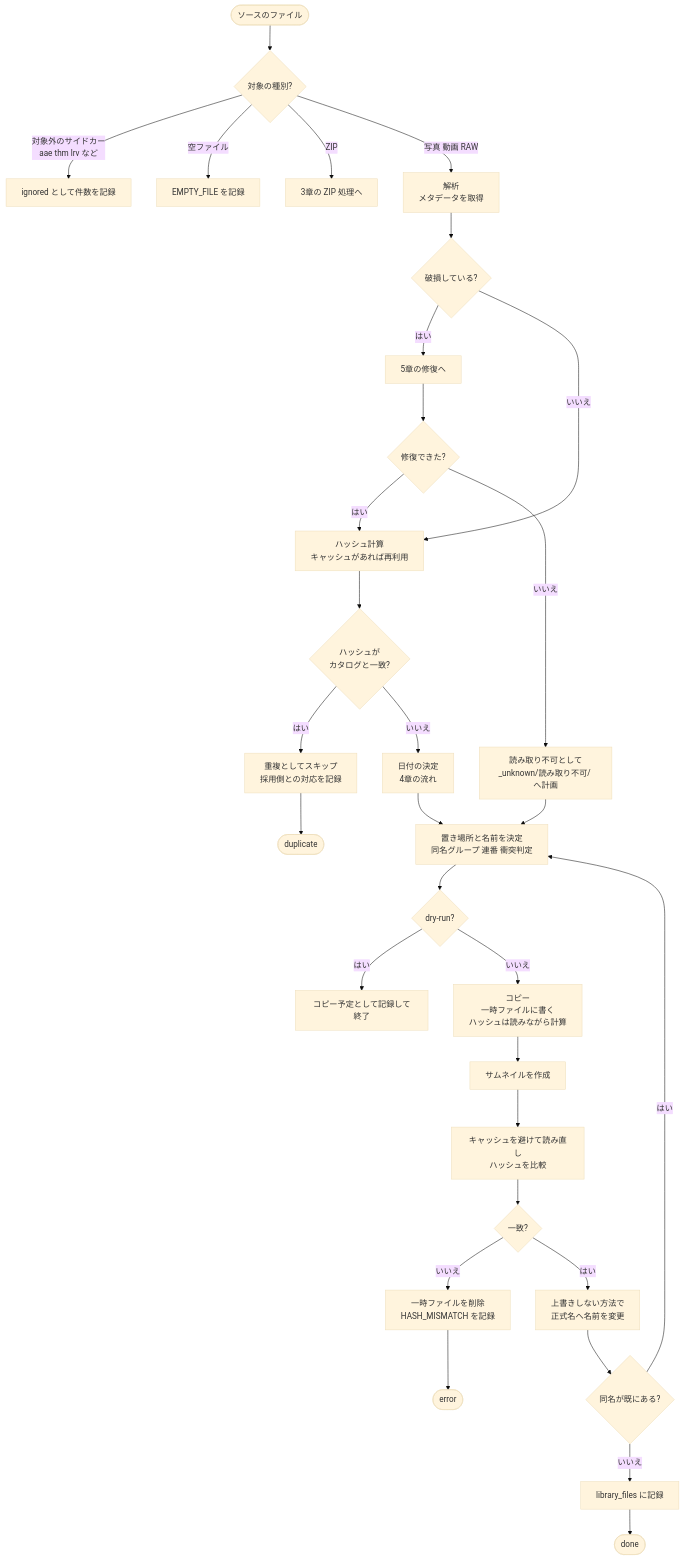
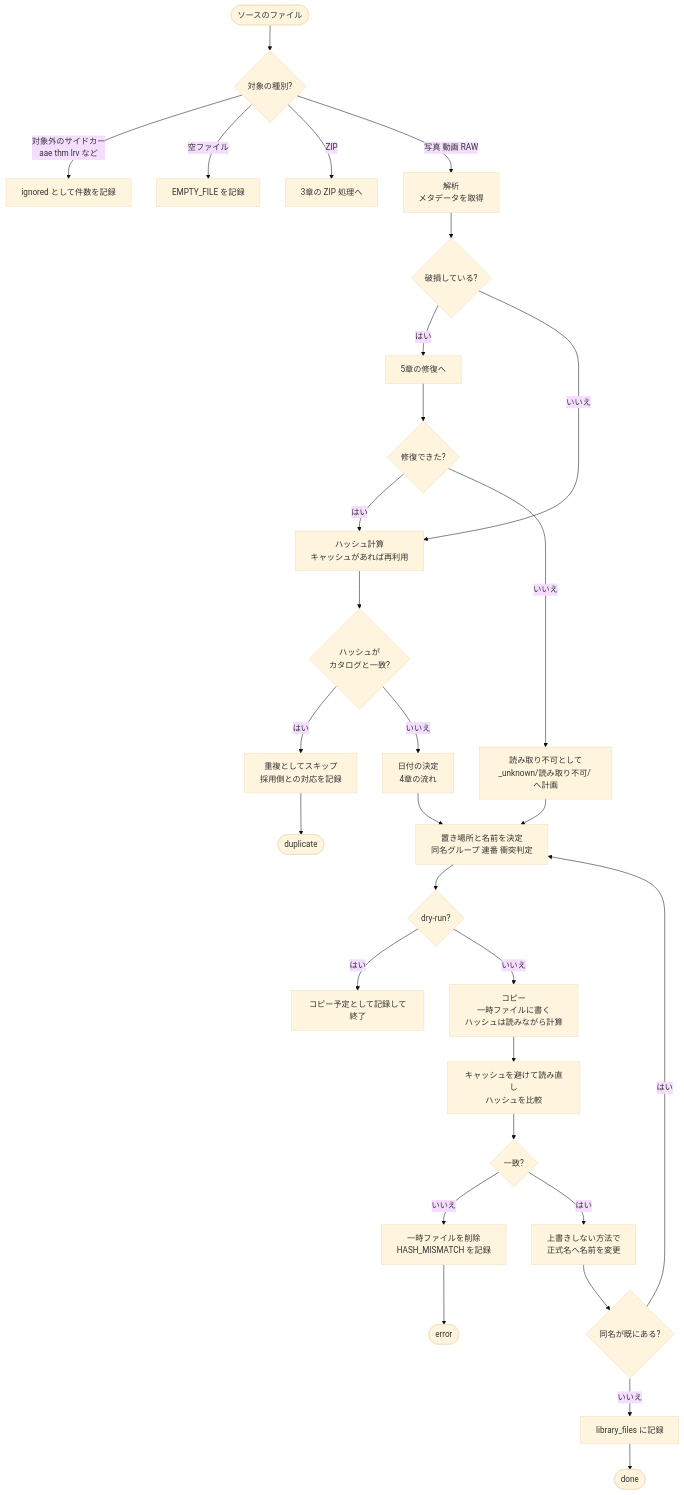
Before and after one commit to raiton-boo/media-seiri: the second of 9 diagrams in docs/flows.md, drawn with Mermaid (base theme). The commit also changed other lines of this file and 4 other files, not shown here.

````diff
--- a/docs/flows.md
+++ b/docs/flows.md
@@ -48,33 +48,32 @@
 ```mermaid
 flowchart TD
     F([ソースのファイル]) --> KIND{"対象の種別?"}
     KIND -->|対象外のサイドカー<br/>aae thm lrv など| IGN["ignored として件数を記録"]
     KIND -->|空ファイル| E0["EMPTY_FILE を記録"]
     KIND -->|ZIP| ZIPF["3章の ZIP 処理へ"]
     KIND -->|写真 動画 RAW| ANA["解析<br/>メタデータを取得"]
     ANA --> BROKEN{"破損している?"}
     BROKEN -->|はい| REP["5章の修復へ"]
     BROKEN -->|いいえ| HASH["ハッシュ計算<br/>キャッシュがあれば再利用"]
     REP --> REP_OK{"修復できた?"}
     REP_OK -->|はい| HASH
     REP_OK -->|いいえ| UNREAD["読み取り不可として<br/>_unknown/読み取り不可/ へ計画"]
     HASH --> DUP{"ハッシュが<br/>カタログと一致?"}
     DUP -->|はい| SKIP["重複としてスキップ<br/>採用側との対応を記録"]
     DUP -->|いいえ| DATE["日付の決定<br/>4章の流れ"]
     DATE --> NAME["置き場所と名前を決定<br/>同名グループ 連番 衝突判定"]
     UNREAD --> NAME
     NAME --> DRYQ{"dry-run?"}
     DRYQ -->|はい| REC_DRY["コピー予定として記録して終了"]
     DRYQ -->|いいえ| COPY["コピー<br/>一時ファイルに書く<br/>ハッシュは読みながら計算"]
-    COPY --> THUMB["サムネイルを作成"]
-    THUMB --> VER["キャッシュを避けて読み直し<br/>ハッシュを比較"]
+    COPY --> VER["キャッシュを避けて読み直し<br/>ハッシュを比較"]
     VER --> VER_OK{"一致?"}
     VER_OK -->|いいえ| ERR["一時ファイルを削除<br/>HASH_MISMATCH を記録"]
     VER_OK -->|はい| REN["上書きしない方法で<br/>正式名へ名前を変更"]
     REN --> REN_OK{"同名が既にある?"}
     REN_OK -->|はい| NAME
     REN_OK -->|いいえ| REC["library_files に記録"]
     REC --> DONE([done])
     SKIP --> DONE2([duplicate])
     ERR --> DONE3([error])
 ```
````
